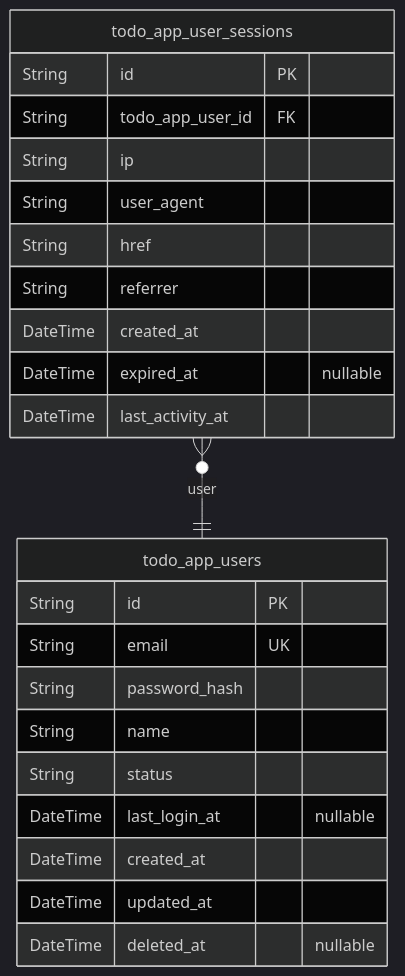
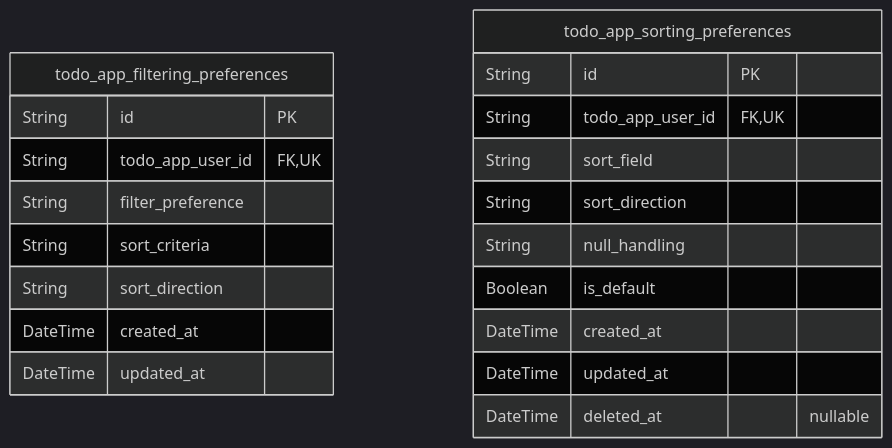
One commit to wrtnlabs/autobe-examples changed the fourth of 5 diagrams in deepseek/deepseek-v3.1-terminus-exacto/todo/docs/ERD.md. Above: the diagram before and after it, drawn with Mermaid (dark theme). The commit also changed other lines of this file and 9391 other files, not shown here.

````diff
--- a/deepseek/deepseek-v3.1-terminus-exacto/todo/docs/ERD.md
+++ b/deepseek/deepseek-v3.1-terminus-exacto/todo/docs/ERD.md
@@ -185,26 +1365,23 @@
 ```mermaid
 erDiagram
-"todo_app_users" {
+"todo_app_filtering_preferences" {
   String id PK
-  String email UK
-  String password_hash
-  String name
-  String status
-  DateTime last_login_at "nullable"
+  String todo_app_user_id FK,UK
+  String filter_preference
+  String sort_criteria
+  String sort_direction
+  DateTime created_at
+  DateTime updated_at
+}
+"todo_app_sorting_preferences" {
+  String id PK
+  String todo_app_user_id FK,UK
+  String sort_field
+  String sort_direction
+  String null_handling
+  Boolean is_default
   DateTime created_at
   DateTime updated_at
   DateTime deleted_at "nullable"
 }
-"todo_app_user_sessions" {
-  String id PK
-  String todo_app_user_id FK
-  String ip
-  String user_agent
-  String href
-  String referrer
-  DateTime created_at
-  DateTime expired_at "nullable"
-  DateTime last_activity_at
-}
-"todo_app_user_sessions" }o--|| "todo_app_users" : user
 ```
````
